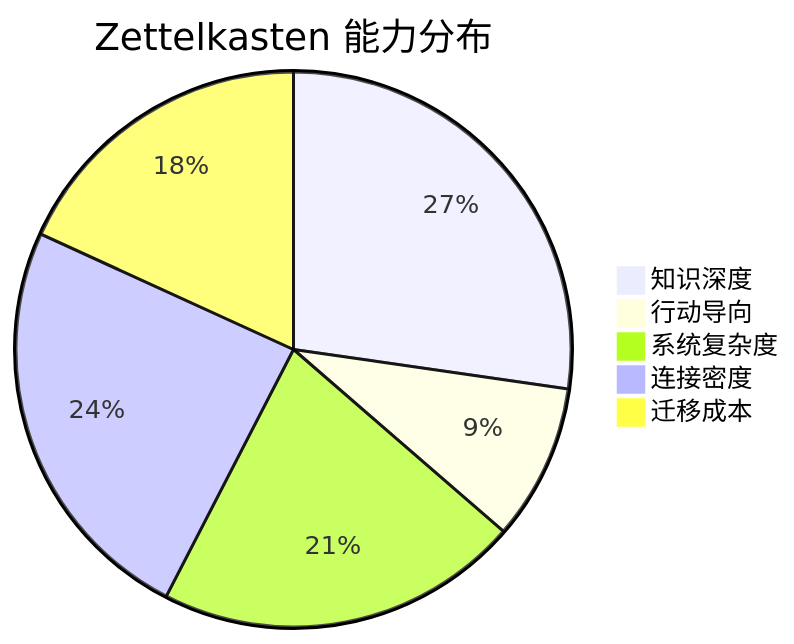
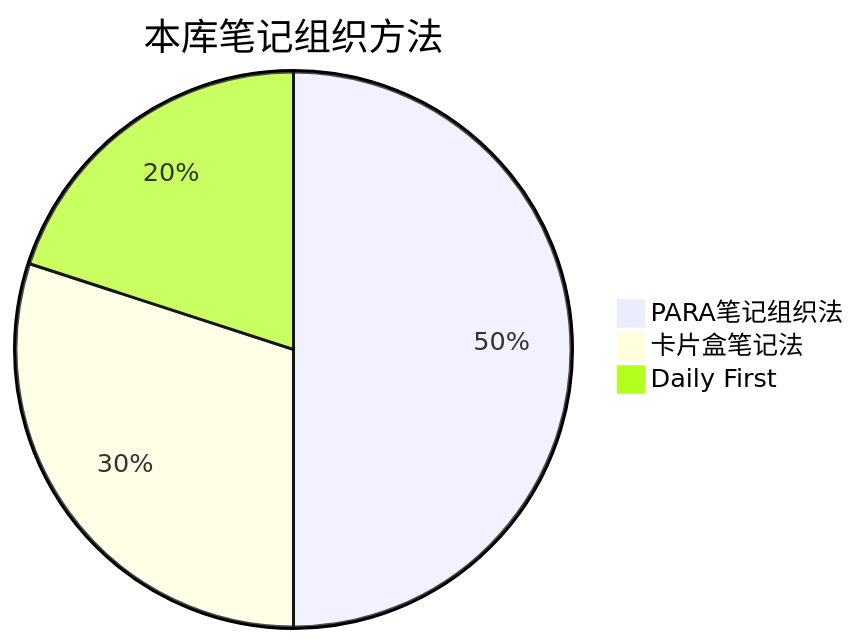
The diagram in content/PARA/00-META/02-WORKFLOWS/本库组织方案.md (pedyc/dg.pedyc), drawn with Mermaid before and after one commit. The commit also changed other lines of this file and 138 other files, not shown here.

````diff
--- a/content/PARA/00-META/02-WORKFLOWS/本库组织方案.md
+++ b/content/PARA/00-META/02-WORKFLOWS/本库组织方案.md
@@ -16,9 +16,7 @@
 ```mermaid
 pie
-    title Zettelkasten 能力分布
-    "知识深度" : 9
-    "行动导向" : 3
-    "系统复杂度" : 7
-    "连接密度" : 8
-    "迁移成本" : 6
+    title 本库笔记组织方法
+    "PARA笔记组织法" : 5
+    "卡片盒笔记法" : 3
+    "Daily First" : 2
 ```
````
